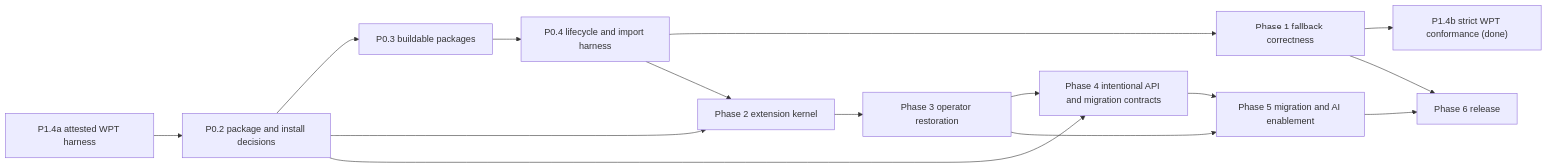
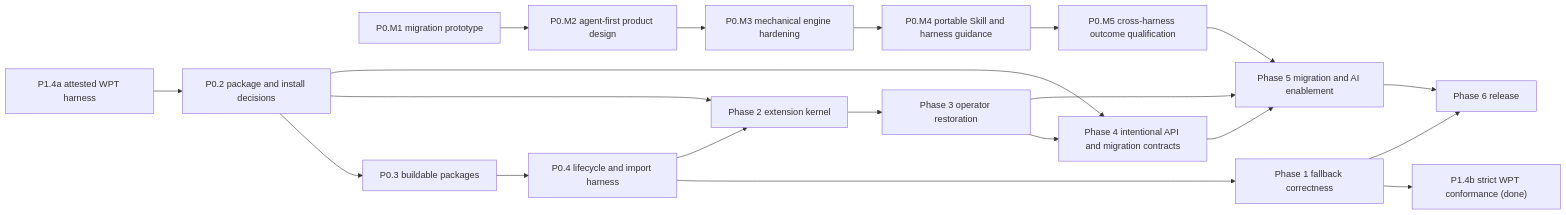
The diagram in docs/rxjs-next/PROJECT_PLAN.md (ReactiveX/rxjs), drawn with Mermaid before and after one commit. The commit also changed other lines of this file, not shown here.

Commit message:
docs: prioritize agent-first migration design

````diff
--- a/docs/rxjs-next/PROJECT_PLAN.md
+++ b/docs/rxjs-next/PROJECT_PLAN.md
@@ -849,17 +980,22 @@
 ```mermaid
 flowchart LR
+    MigratePrototype["P0.M1 migration prototype"] --> MigrationDesign["P0.M2 agent-first product design"]
+    MigrationDesign --> Mechanical["P0.M3 mechanical engine hardening"]
+    Mechanical --> PortableSkill["P0.M4 portable Skill and harness guidance"]
+    PortableSkill --> AgentQualification["P0.M5 cross-harness outcome qualification"]
     WptHarness["P1.4a attested WPT harness"] --> Boundary["P0.2 package and install decisions"]
     Boundary --> Build["P0.3 buildable packages"]
     Build --> Harness["P0.4 lifecycle and import harness"]
     Harness --> Fallback["Phase 1 fallback correctness"]
     Fallback --> WptStrict["P1.4b strict WPT conformance (done)"]
     Boundary --> Kernel["Phase 2 extension kernel"]
     Harness --> Kernel
     Kernel --> Operators["Phase 3 operator restoration"]
     Boundary --> Evidence["Phase 4 intentional API and migration contracts"]
     Operators --> Evidence
     Evidence --> Migration["Phase 5 migration and AI enablement"]
     Operators --> Migration
+    AgentQualification --> Migration
     Fallback --> Release["Phase 6 release"]
     Migration --> Release
 ```
````
